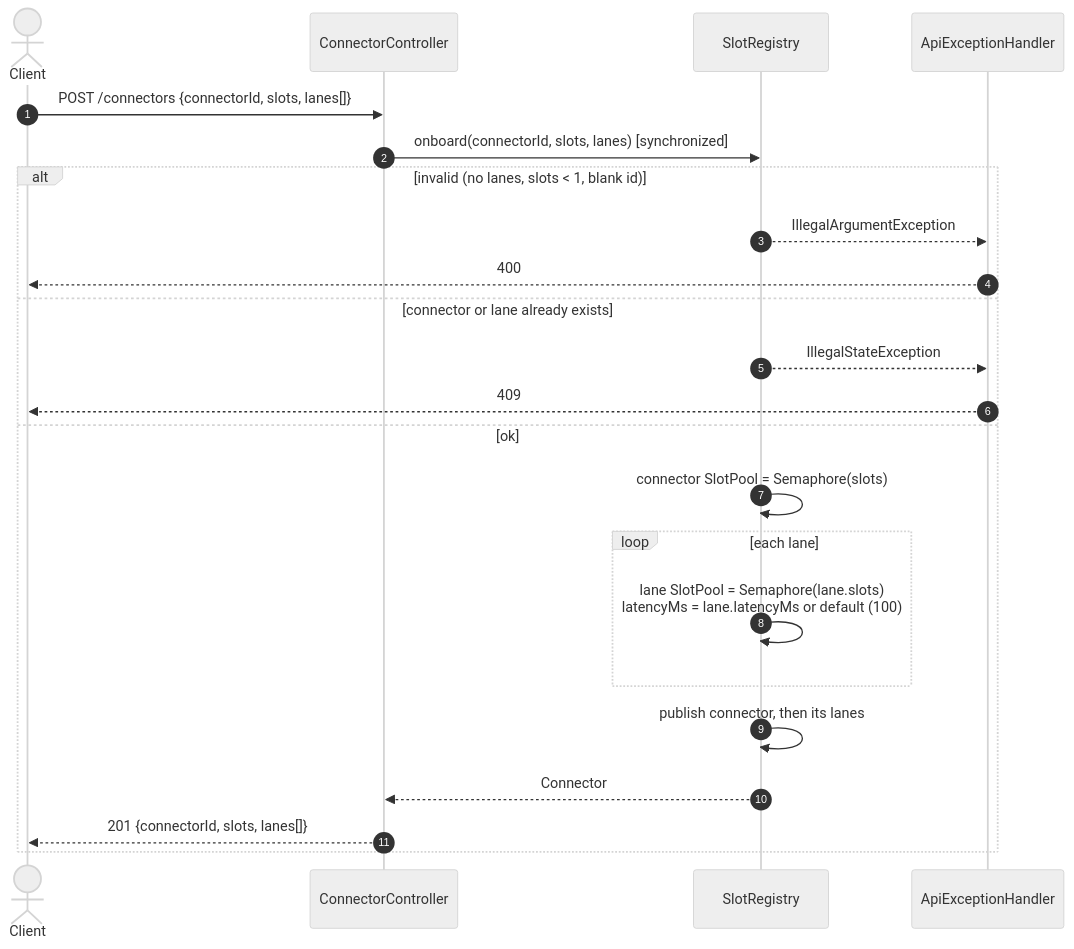
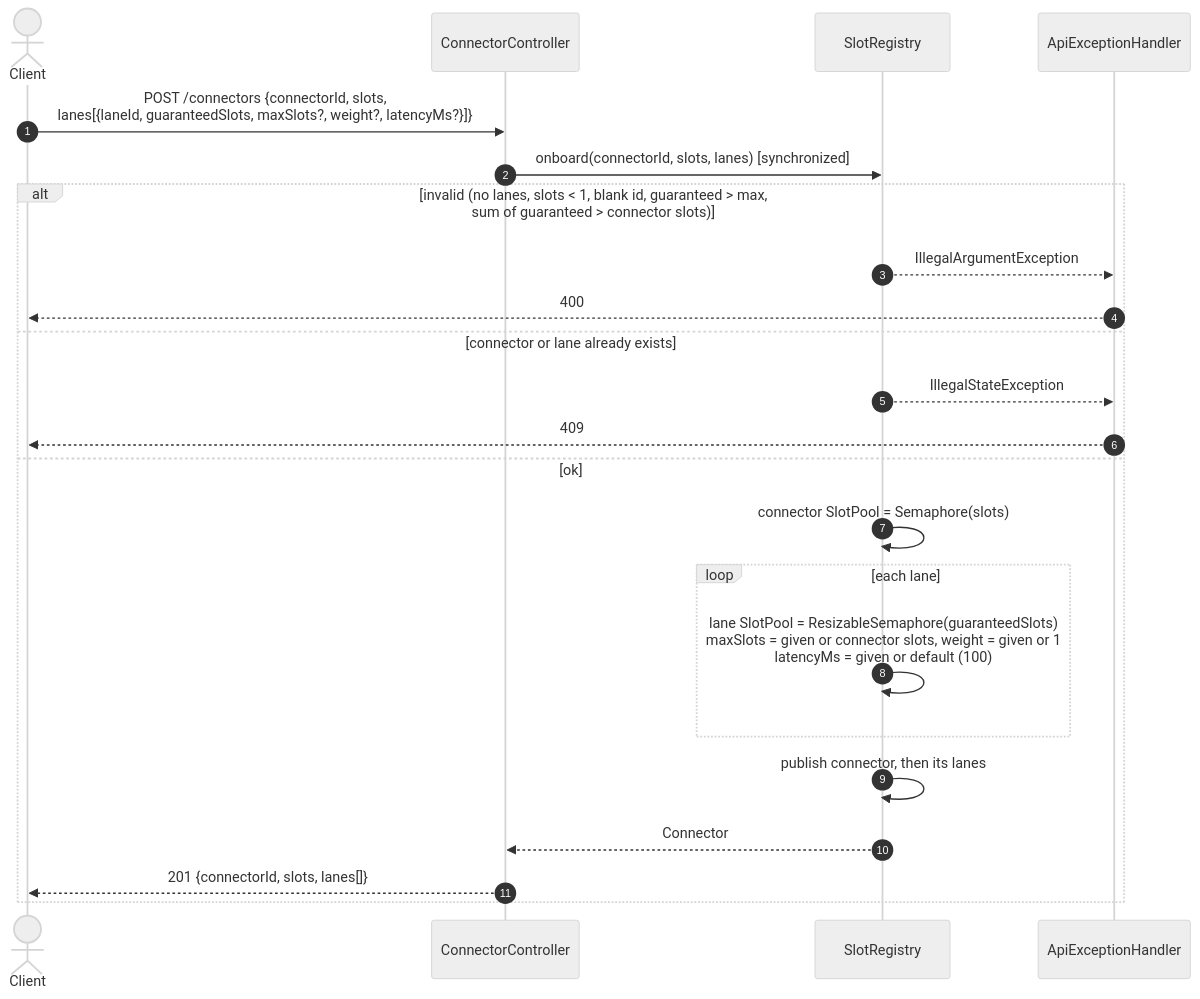
The second of 6 diagrams in docs/sequence-diagram.md (aysinghravi/Scalability-lane-slot-manager), drawn with Mermaid before and after one commit. The commit also changed other lines of this file and 22 other files, not shown here.

Commit message:
dynamic slot allocation with lane sharing

````diff
--- a/docs/sequence-diagram.md
+++ b/docs/sequence-diagram.md
@@ -30,27 +35,27 @@
 ```mermaid
 %%{init: {'theme':'neutral', 'themeVariables': {'fontSize':'18px'}}}%%
 sequenceDiagram
     autonumber
     actor Client
     participant CC as ConnectorController
     participant Reg as SlotRegistry
     participant EH as ApiExceptionHandler
 
-    Client->>CC: POST /connectors {connectorId, slots, lanes[]}
+    Client->>CC: POST /connectors {connectorId, slots,<br/>lanes[{laneId, guaranteedSlots, maxSlots?, weight?, latencyMs?}]}
     CC->>Reg: onboard(connectorId, slots, lanes)  [synchronized]
-    alt invalid (no lanes, slots < 1, blank id)
+    alt invalid (no lanes, slots < 1, blank id, guaranteed > max,<br/>sum of guaranteed > connector slots)
         Reg-->>EH: IllegalArgumentException
         EH-->>Client: 400
     else connector or lane already exists
         Reg-->>EH: IllegalStateException
         EH-->>Client: 409
     else ok
         Reg->>Reg: connector SlotPool = Semaphore(slots)
         loop each lane
-            Reg->>Reg: lane SlotPool = Semaphore(lane.slots)<br/>latencyMs = lane.latencyMs or default (100)
+            Reg->>Reg: lane SlotPool = ResizableSemaphore(guaranteedSlots)<br/>maxSlots = given or connector slots, weight = given or 1<br/>latencyMs = given or default (100)
         end
         Reg->>Reg: publish connector, then its lanes
         Reg-->>CC: Connector
         CC-->>Client: 201 {connectorId, slots, lanes[]}
     end
 ```
````
